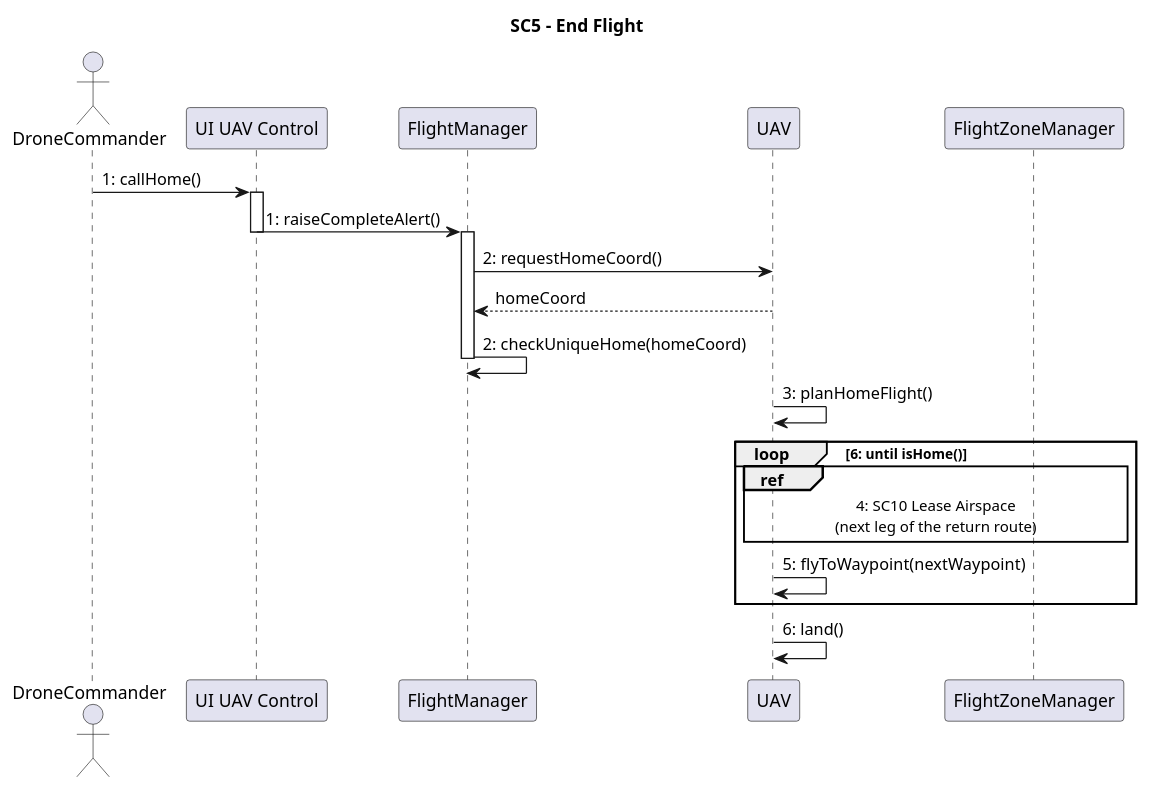
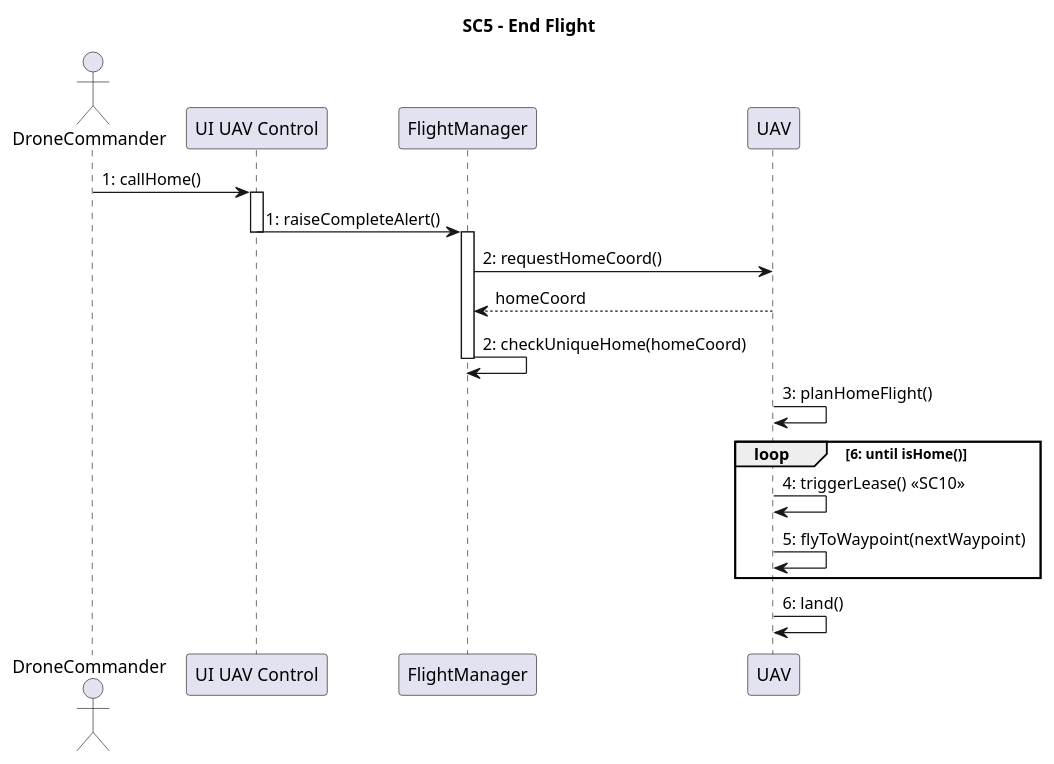
One commit to RathbergerJakob/e3-soft-eng changed the diagram in reworked/sc5.puml. Above: the diagram before and after it, drawn with PlantUML. The commit also changed 9 other files, not shown here.

```diff
--- a/reworked/sc5.puml
+++ b/reworked/sc5.puml
@@ -1,29 +1,28 @@
 @startuml
 title SC5 – End Flight
 
 actor DroneCommander
 participant "UI UAV Control" as UIUAVControl
 participant FlightManager
 participant UAV
-participant FlightZoneManager
 
 DroneCommander -> UIUAVControl : 1: callHome()
 activate UIUAVControl
 UIUAVControl -> FlightManager : 1: raiseCompleteAlert()
 deactivate UIUAVControl
 activate FlightManager
 
 FlightManager -> UAV : 2: requestHomeCoord()
 UAV --> FlightManager : homeCoord
 FlightManager -> FlightManager : 2: checkUniqueHome(homeCoord)
 deactivate FlightManager
 
 UAV -> UAV : 3: planHomeFlight()
 
 loop 6: until isHome()
-  ref over UAV, FlightZoneManager : 4: SC10 Lease Airspace\n(next leg of the return route)
+  UAV -> UAV : 4: triggerLease() «SC10»
   UAV -> UAV : 5: flyToWaypoint(nextWaypoint)
 end
 
 UAV -> UAV : 6: land()
 @enduml
```
